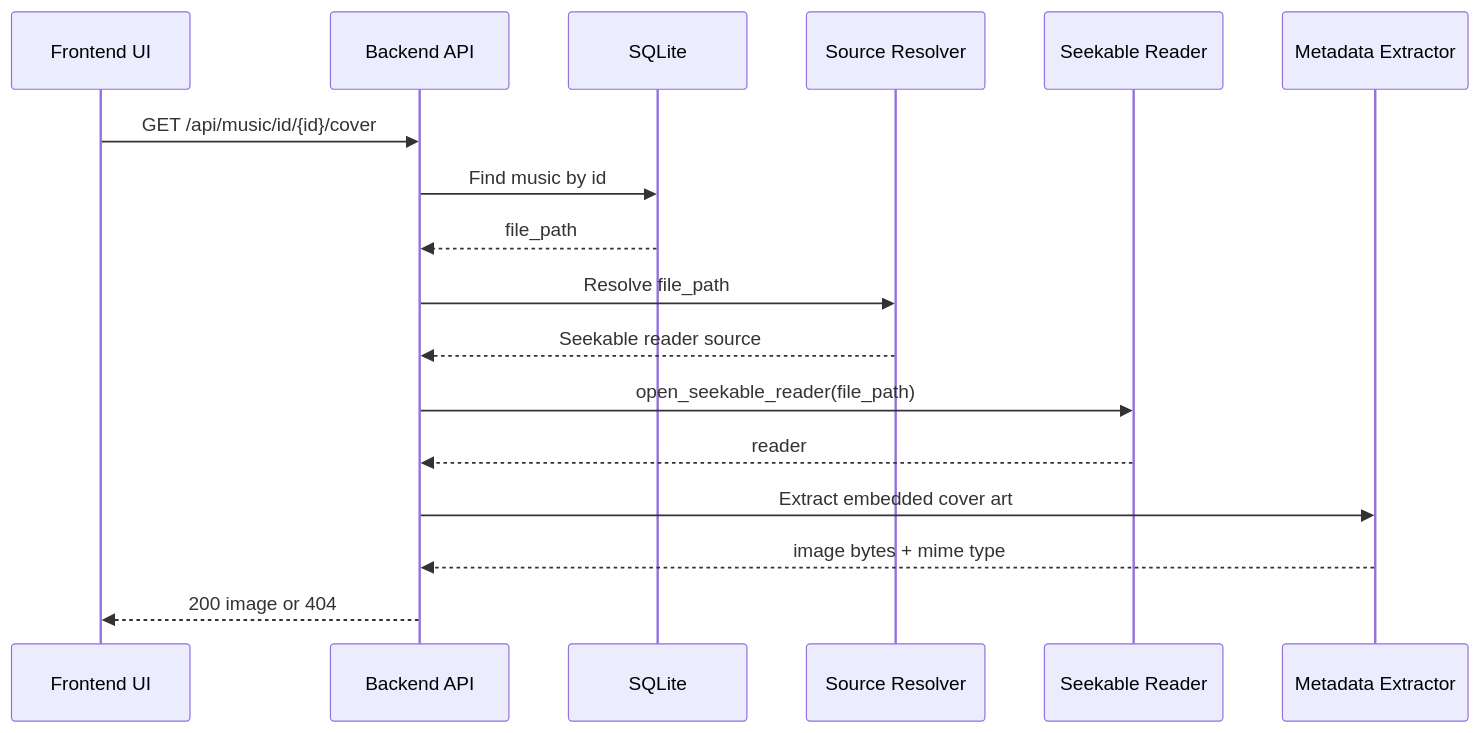
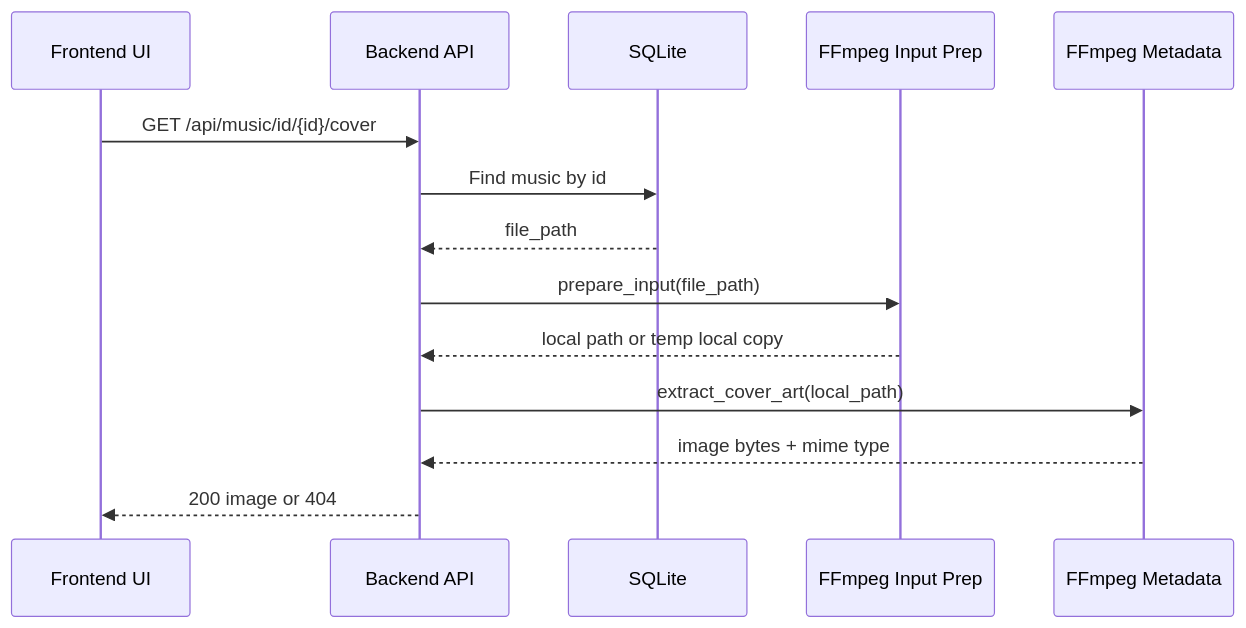
One commit to Afeather2017/Kaulan changed the fourth of 6 diagrams in docs/streaming-flow.md. Above: the diagram before and after it, drawn with Mermaid. The commit also changed other lines of this file and 10 other files, not shown here.

First line of the commit message:
Integrate shared cover-art pipeline for downloads and extraction

````diff
--- a/docs/streaming-flow.md
+++ b/docs/streaming-flow.md
@@ -184,20 +184,17 @@
 ```mermaid
 sequenceDiagram
     participant UI as Frontend UI
     participant API as Backend API
     participant DB as SQLite
-    participant Resolver as Source Resolver
-    participant Source as Seekable Reader
-    participant Tag as Metadata Extractor
+    participant Prep as FFmpeg Input Prep
+    participant FF as FFmpeg Metadata
 
     UI->>API: GET /api/music/id/{id}/cover
     API->>DB: Find music by id
     DB-->>API: file_path
-    API->>Resolver: Resolve file_path
-    Resolver-->>API: Seekable reader source
-    API->>Source: open_seekable_reader(file_path)
-    Source-->>API: reader
-    API->>Tag: Extract embedded cover art
-    Tag-->>API: image bytes + mime type
+    API->>Prep: prepare_input(file_path)
+    Prep-->>API: local path or temp local copy
+    API->>FF: extract_cover_art(local_path)
+    FF-->>API: image bytes + mime type
     API-->>UI: 200 image or 404
 ```
````
